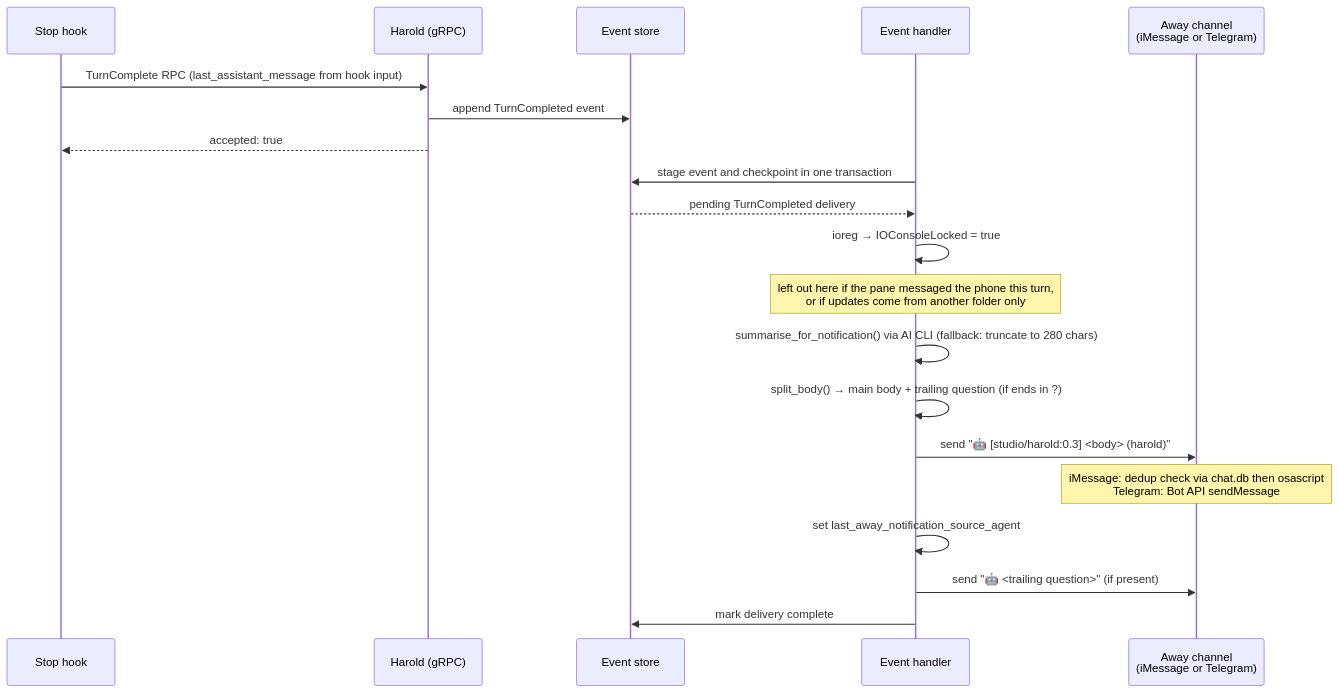
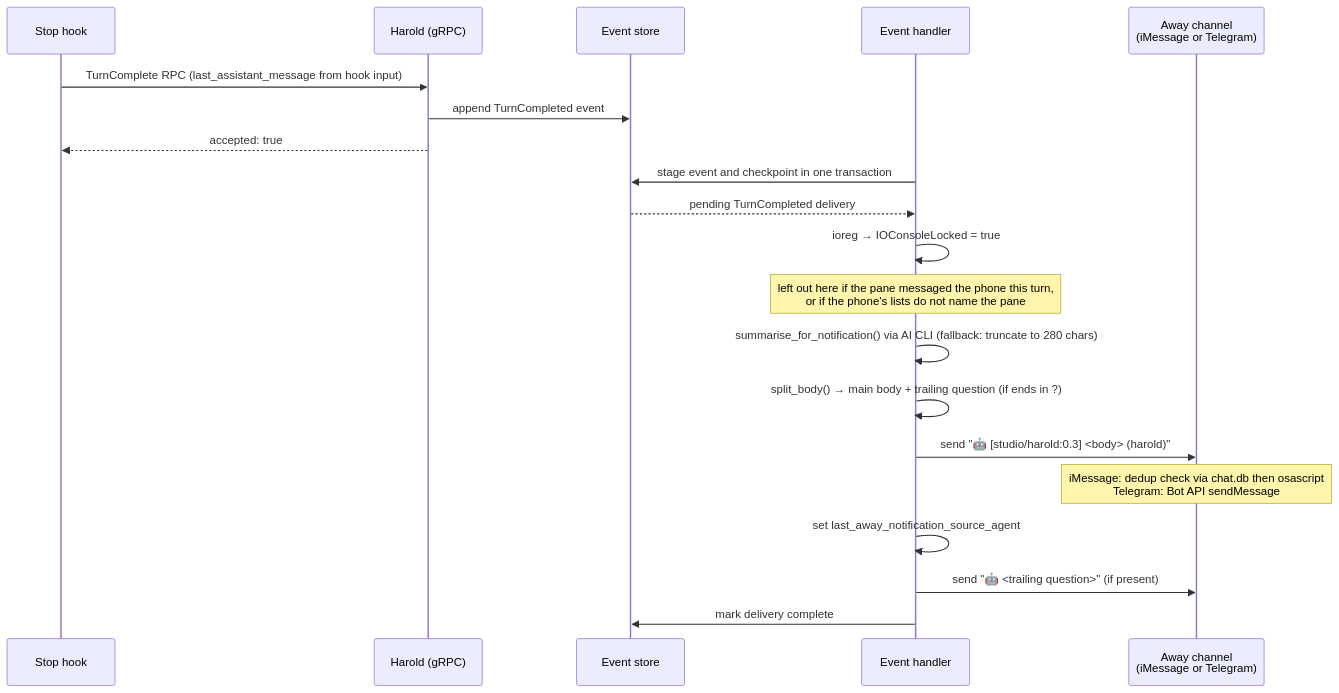
Before and after one commit to kahgeh/harold: the second of 2 diagrams in docs/references/notification/README.md, drawn with Mermaid. The commit also changed 2 other files, not shown here.

Commit message:
Update the notification, voice-input and away-app docs for the channel lists

````diff
--- a/docs/references/notification/README.md
+++ b/docs/references/notification/README.md
@@ -325,24 +325,24 @@
 ```mermaid
 sequenceDiagram
     participant Hook as Stop hook
     participant gRPC as Harold (gRPC)
     participant Store as Event store
     participant Handler as Event handler
     participant Channel as Away channel<br/>(iMessage or Telegram)
 
     Hook->>gRPC: TurnComplete RPC (last_assistant_message from hook input)
     gRPC->>Store: append TurnCompleted event
     gRPC-->>Hook: accepted: true
 
     Handler->>Store: stage event and checkpoint in one transaction
     Store-->>Handler: pending TurnCompleted delivery
     Handler->>Handler: ioreg → IOConsoleLocked = true
-    note over Handler: left out here if the pane messaged the phone this turn,<br/>or if updates come from another folder only
+    note over Handler: left out here if the pane messaged the phone this turn,<br/>or if the phone's lists do not name the pane
     Handler->>Handler: summarise_for_notification() via AI CLI (fallback: truncate to 280 chars)
     Handler->>Handler: split_body() → main body + trailing question (if ends in ?)
     Handler->>Channel: send "🤖 [studio/harold:0.3] <body> (harold)"
     note over Channel: iMessage: dedup check via chat.db then osascript<br/>Telegram: Bot API sendMessage
     Handler->>Handler: set last_away_notification_source_agent
     Handler->>Channel: send "🤖 <trailing question>" (if present)
     Handler->>Store: mark delivery complete
 ```
````
